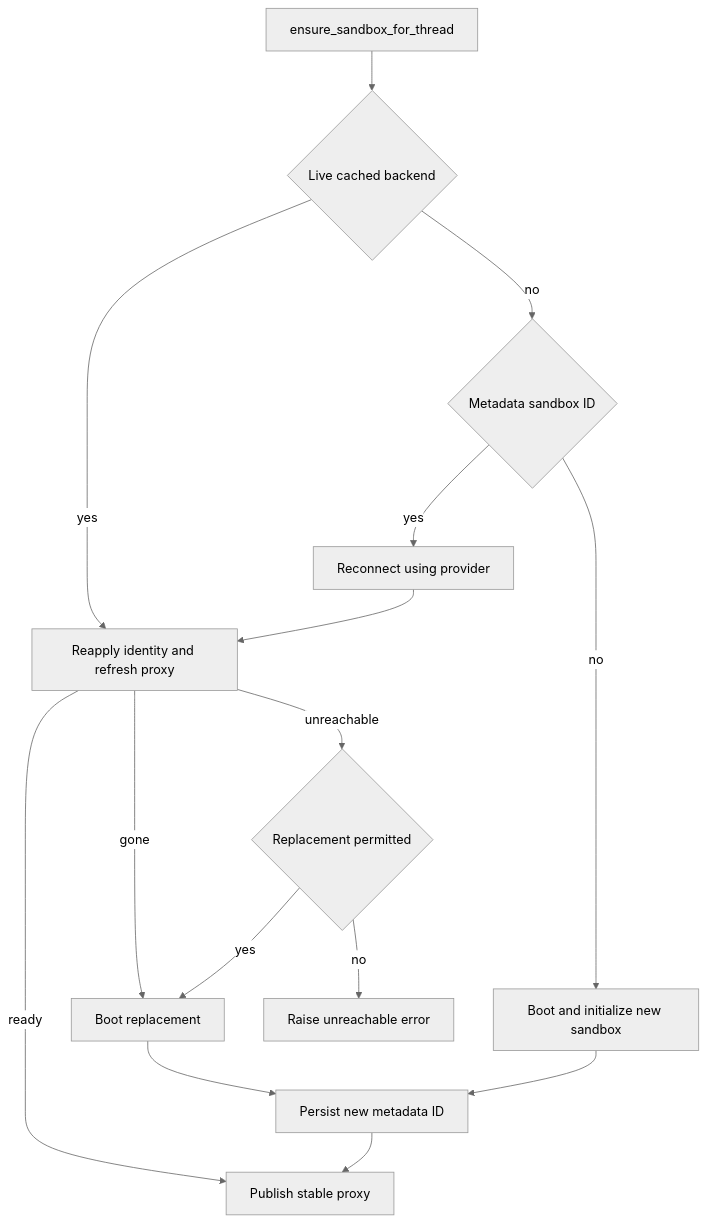
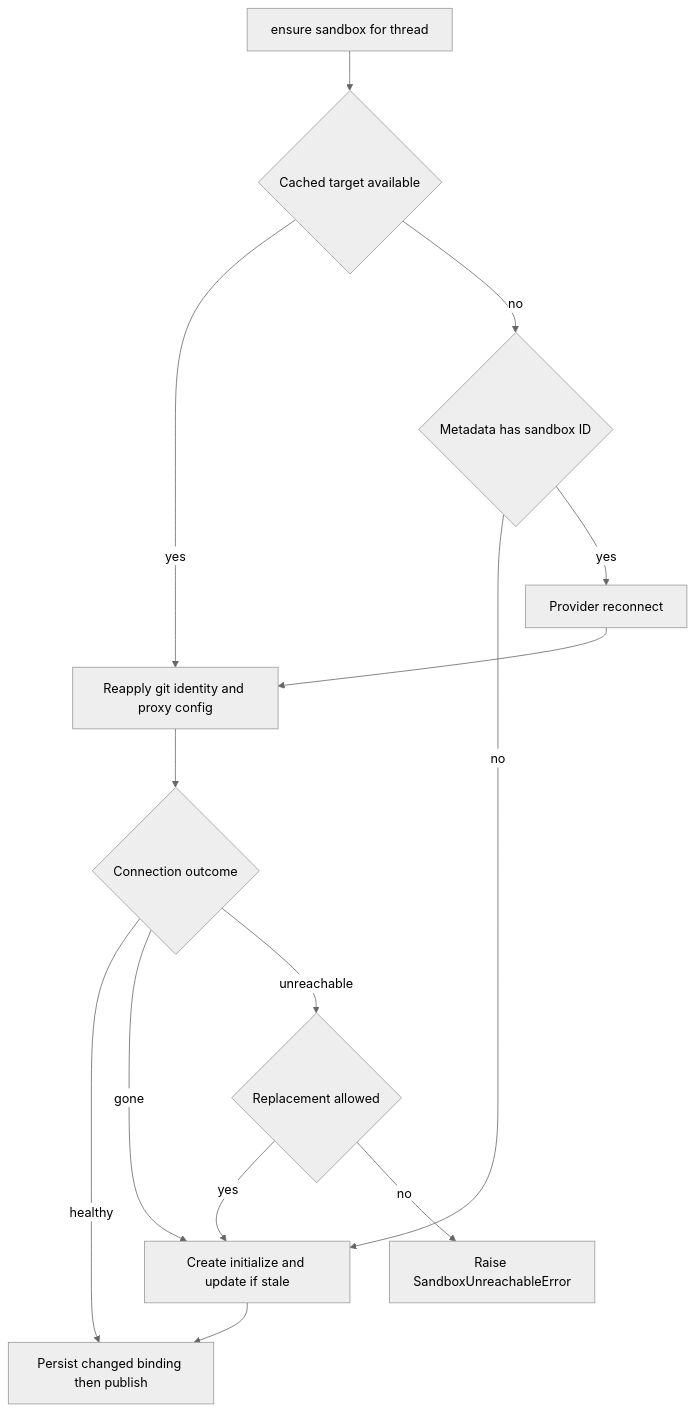
One commit to langchain-ai/open-swe changed the second of 2 diagrams in openwiki/architecture/sandbox-lifecycle.md. Above: the diagram before and after it, drawn with Mermaid (neutral theme). The commit also changed other lines of this file and 51 other files, not shown here.

````diff
--- a/openwiki/architecture/sandbox-lifecycle.md
+++ b/openwiki/architecture/sandbox-lifecycle.md
@@ -79,17 +96,16 @@
 ```mermaid
 flowchart TD
-  Start["ensure_sandbox_for_thread"] --> Cached{"Live cached backend"}
-  Cached -->|"yes"| Refresh["Reapply identity and refresh proxy"]
-  Cached -->|"no"| Bound{"Metadata sandbox ID"}
-  Bound -->|"yes"| Reconnect["Reconnect using provider"]
-  Bound -->|"no"| Create["Boot and initialize new sandbox"]
-  Reconnect --> Refresh
-  Refresh -->|"ready"| Publish
-  Refresh -->|"gone"| Replace["Boot replacement"]
-  Refresh -->|"unreachable"| Permit{"Replacement permitted"}
-  Permit -->|"yes"| Replace
-  Permit -->|"no"| Fail["Raise unreachable error"]
-  Create --> Bind["Persist new metadata ID"]
-  Replace --> Bind
-  Bind --> Publish["Publish stable proxy"]
+  Begin["ensure sandbox for thread"] --> Available{"Cached target available"}
+  Available -->|"yes"| Prepare["Reapply git identity and proxy config"]
+  Available -->|"no"| Bound{"Metadata has sandbox ID"}
+  Bound -->|"no"| NewBox["Create initialize and update if stale"]
+  Bound -->|"yes"| Reconnect["Provider reconnect"]
+  Reconnect --> Prepare
+  Prepare --> Outcome{"Connection outcome"}
+  Outcome -->|"healthy"| Finalize["Persist changed binding then publish"]
+  Outcome -->|"gone"| NewBox
+  Outcome -->|"unreachable"| Allowed{"Replacement allowed"}
+  Allowed -->|"yes"| NewBox
+  Allowed -->|"no"| Unreachable["Raise SandboxUnreachableError"]
+  NewBox --> Finalize
 ```
````
